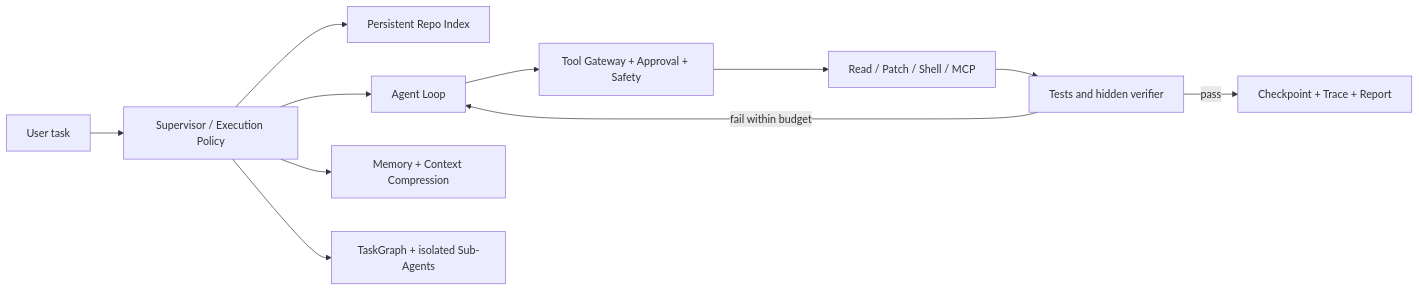
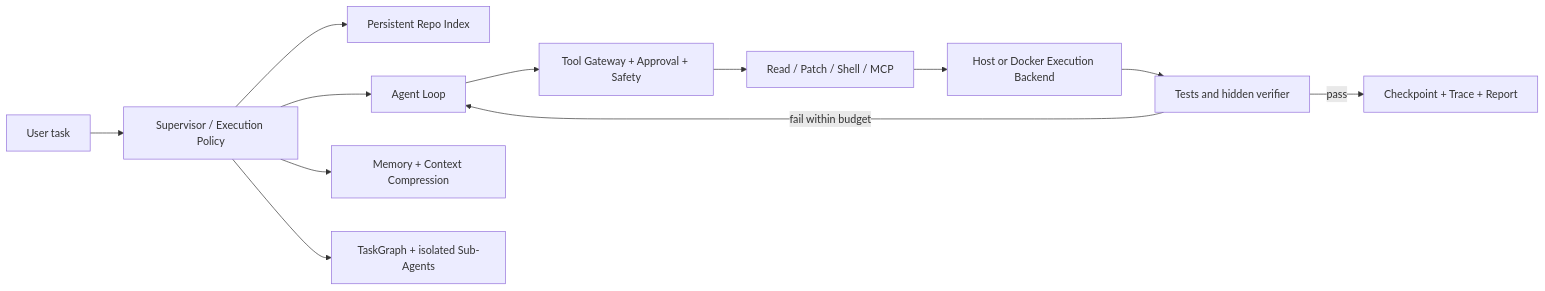
Before and after one commit to lazy0622/repo-coding-runtime: the diagram in README.md, drawn with Mermaid. The commit also changed other lines of this file and 48 other files, not shown here.

````diff
--- a/README.md
+++ b/README.md
@@ -7,13 +7,14 @@
 ```mermaid
 flowchart LR
     U["User task"] --> S["Supervisor / Execution Policy"]
     S --> I["Persistent Repo Index"]
     S --> A["Agent Loop"]
     A --> G["Tool Gateway + Approval + Safety"]
     G --> T["Read / Patch / Shell / MCP"]
-    T --> V["Tests and hidden verifier"]
+    T --> B["Host or Docker Execution Backend"]
+    B --> V["Tests and hidden verifier"]
     V -->|pass| R["Checkpoint + Trace + Report"]
     V -->|fail within budget| A
     S --> M["Memory + Context Compression"]
     S --> Q["TaskGraph + isolated Sub-Agents"]
 ```
````
